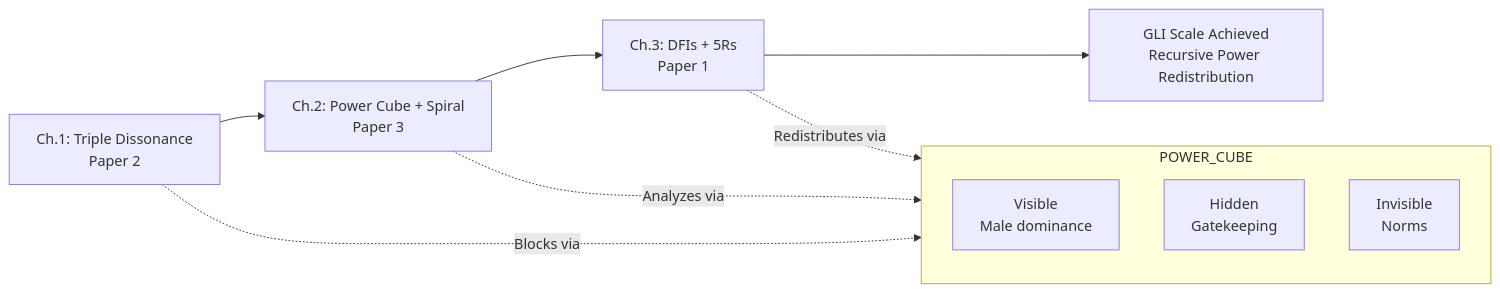
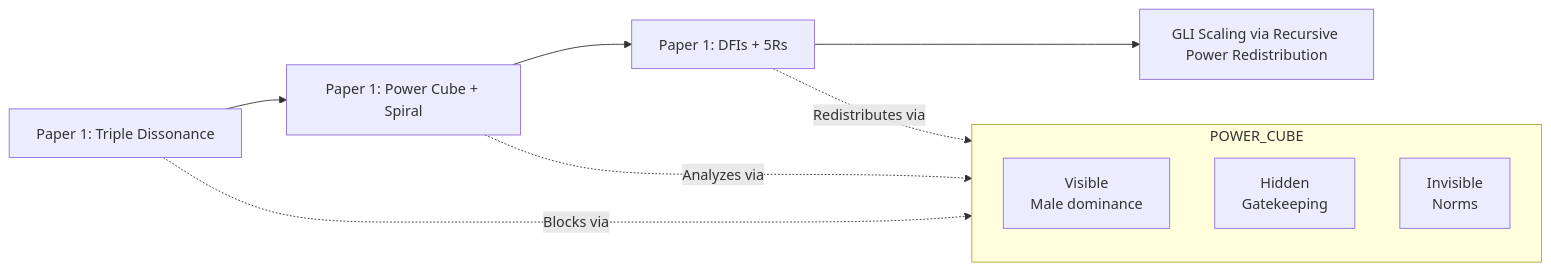
One commit to jessicaphd/phd-paper changed the diagram in README.md. Above: the diagram before and after it, drawn with Mermaid.

````diff
--- a/README.md
+++ b/README.md
@@ -1,17 +1,17 @@
 ```mermaid
 graph LR
-    A[Ch.1: Triple Dissonance<br/>Paper 2] --> B[Ch.2: Power Cube + Spiral<br/>Paper 3]
-    B --> C[Ch.3: DFIs + 5Rs<br/>Paper 1]
+    A[Paper 1: Triple Dissonance] --> B[Paper 1: Power Cube + Spiral]
+    B --> C[Paper 1: DFIs + 5Rs]
     
     subgraph POWER_CUBE
         V1[Visible<br/>Male dominance]
         H1[Hidden<br/>Gatekeeping]
         I1[Invisible<br/>Norms]
     end
     
     A -.->|Blocks via| POWER_CUBE
     B -.->|Analyzes via| POWER_CUBE
     C -.->|Redistributes via| POWER_CUBE
     
-    C --> D[GLI Scale Achieved<br/>Recursive Power Redistribution]
+    C --> D[GLI Scaling via Recursive Power Redistribution]
 ```
````
